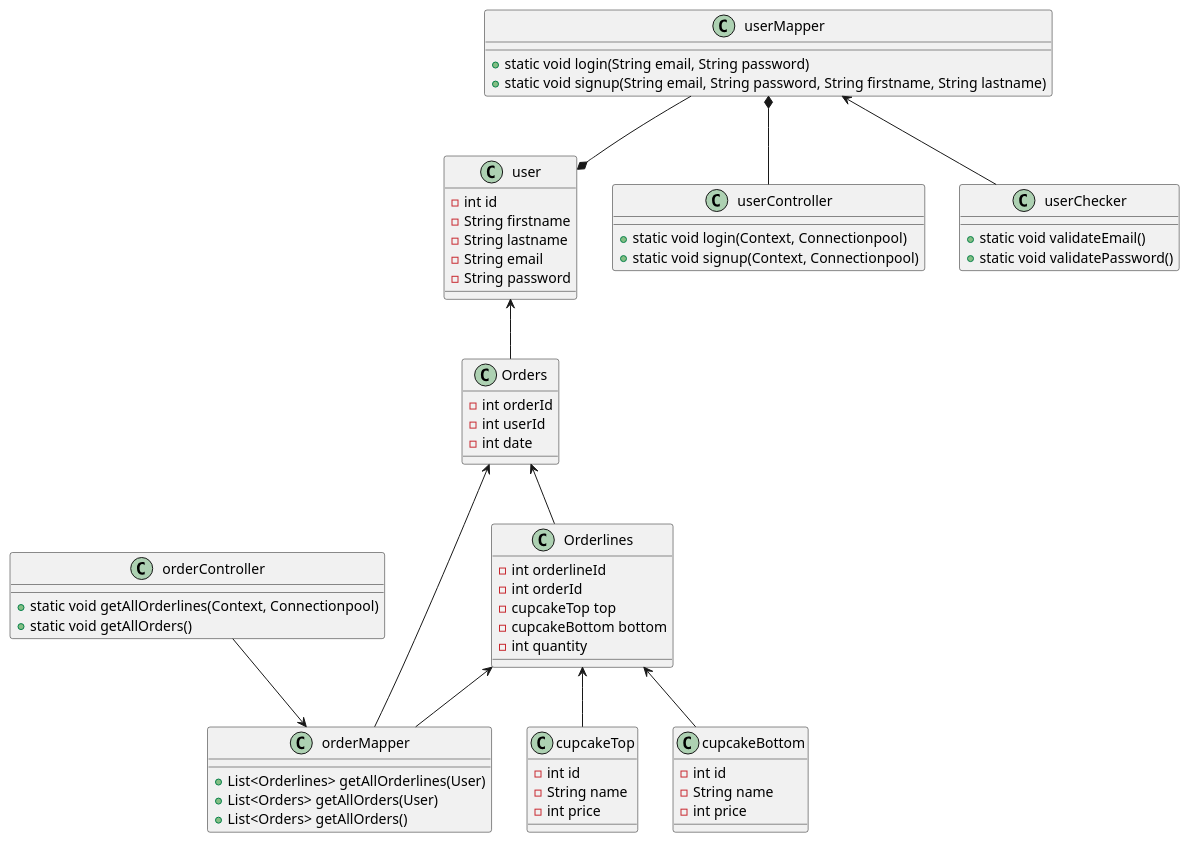
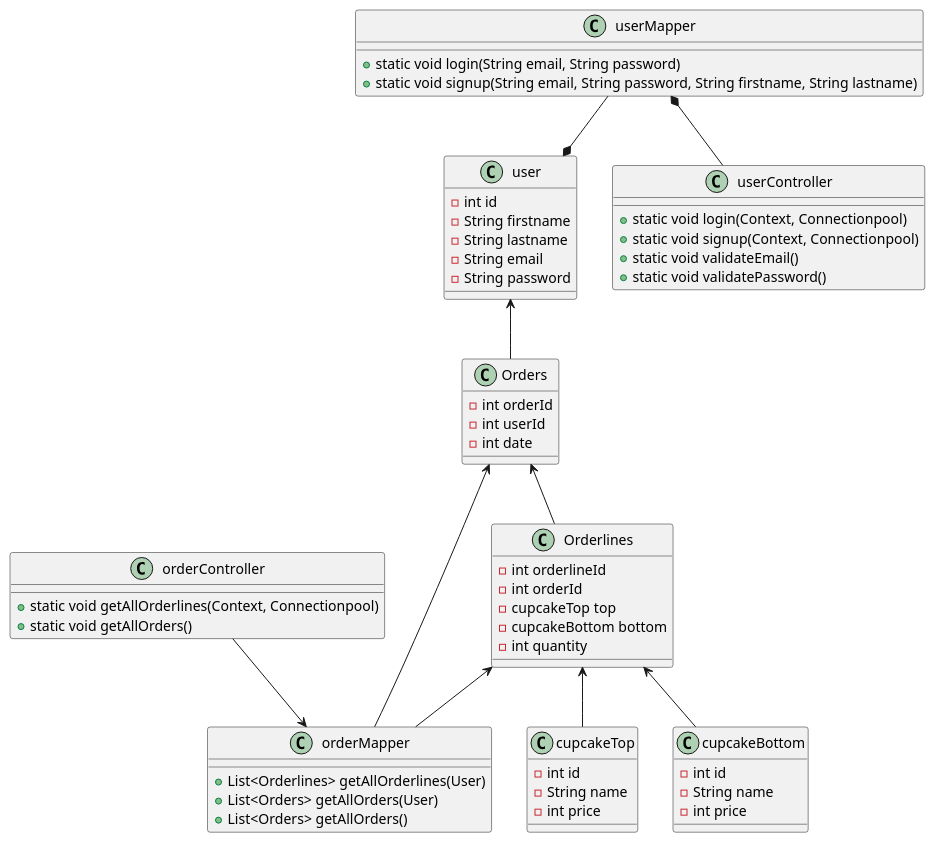
The diagram in src/domæne/classDiagram.puml (Schel-beck/cupCakeProject2sem), drawn with PlantUML before and after one commit. The commit also changed 2 other files, not shown here.

Commit message:
Created UserController (and added methods registerBruger, login and validateUser), [changed method login from integer to static Users], [changed createUser from Boolean to static void].

```diff
--- a/src/domæne/classDiagram.puml
+++ b/src/domæne/classDiagram.puml
@@ -1,74 +1,71 @@
 @startuml
 class user {
     - int id
     - String firstname
     - String lastname
     - String email
     - String password
 }
 
 class Orderlines {
     - int orderlineId
     - int orderId
     - cupcakeTop top
     - cupcakeBottom bottom
     - int quantity
 }
 
 class cupcakeTop{
     - int id
     - String name
     - int price
 }
 
 class cupcakeBottom {
     - int id
     - String name
     - int price
 }
 
 class Orders {
     - int orderId
     - int userId
     - int date
 }
 
 class userMapper{
     + static void login(String email, String password)
     + static void signup(String email, String password, String firstname, String lastname)
 }
 
 class orderMapper {
     + List<Orderlines> getAllOrderlines(User)
     + List<Orders> getAllOrders(User)
     + List<Orders> getAllOrders()
 }
 
 class userController {
     + static void login(Context, Connectionpool)
     + static void signup(Context, Connectionpool)
+    + static void validateEmail()
+    + static void validatePassword()
 }
 
 class orderController {
     + static void getAllOrderlines(Context, Connectionpool)
     + static void getAllOrders()
-}
-
-class userChecker {
-    + static void validateEmail()
-    + static void validatePassword()
 }
 
 Orderlines <-- cupcakeTop
 Orderlines <-- cupcakeBottom
 Orders <-- Orderlines
 user <-- Orders
 userMapper --* user
 userMapper *-- userController
 Orders <-- orderMapper
 Orderlines <-- orderMapper
 orderController --> orderMapper
-userMapper <-- userChecker
+
 
 
 @enduml
```
